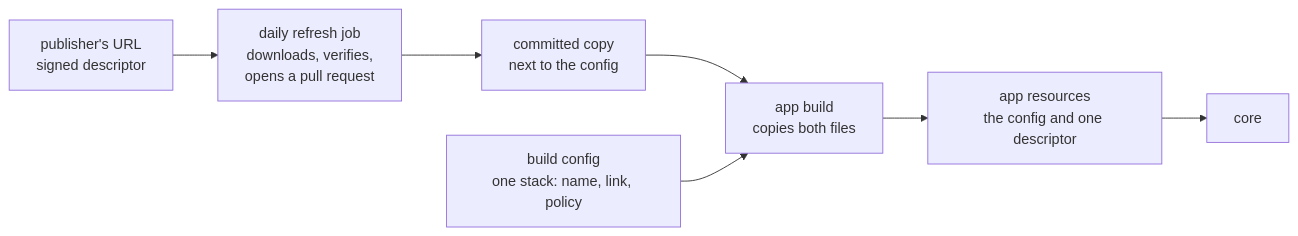
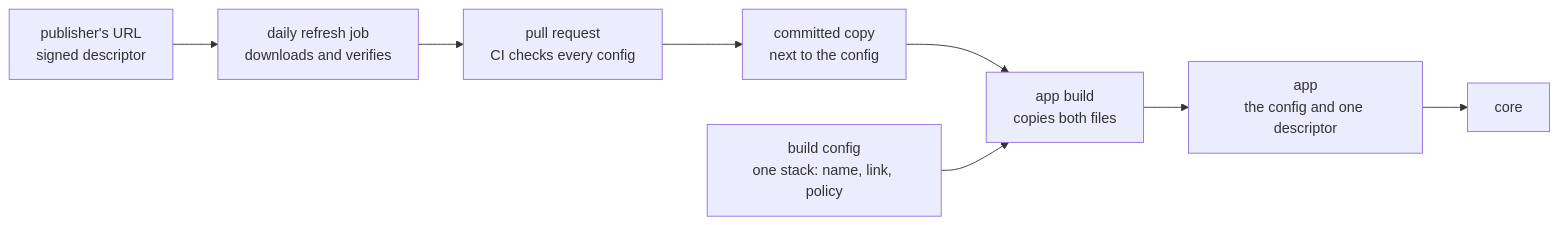
The second of 2 diagrams in docs/design/trinity-stack-build-config.md (paritytech/trinity-user-agents), drawn with Mermaid before and after one commit. The commit also changed other lines of this file, not shown here.

Commit message:
docs(design): correct the build config doc after an independent review

````diff
--- a/docs/design/trinity-stack-build-config.md
+++ b/docs/design/trinity-stack-build-config.md
@@ -51,13 +49,14 @@
 ```mermaid
 flowchart LR
   URL["publisher's URL<br/>signed descriptor"]
-  R["daily refresh job<br/>downloads, verifies,<br/>opens a pull request"]
+  R["daily refresh job<br/>downloads and verifies"]
+  PR["pull request<br/>CI checks every config"]
   C["committed copy<br/>next to the config"]
   CFG["build config<br/>one stack: name, link, policy"]
   B["app build<br/>copies both files"]
-  A["app resources<br/>the config and one descriptor"]
+  A["app<br/>the config and one descriptor"]
   K["core"]
-  URL --> R --> C --> B
+  URL --> R --> PR --> C --> B
   CFG --> B
   B --> A --> K
 ```
````
